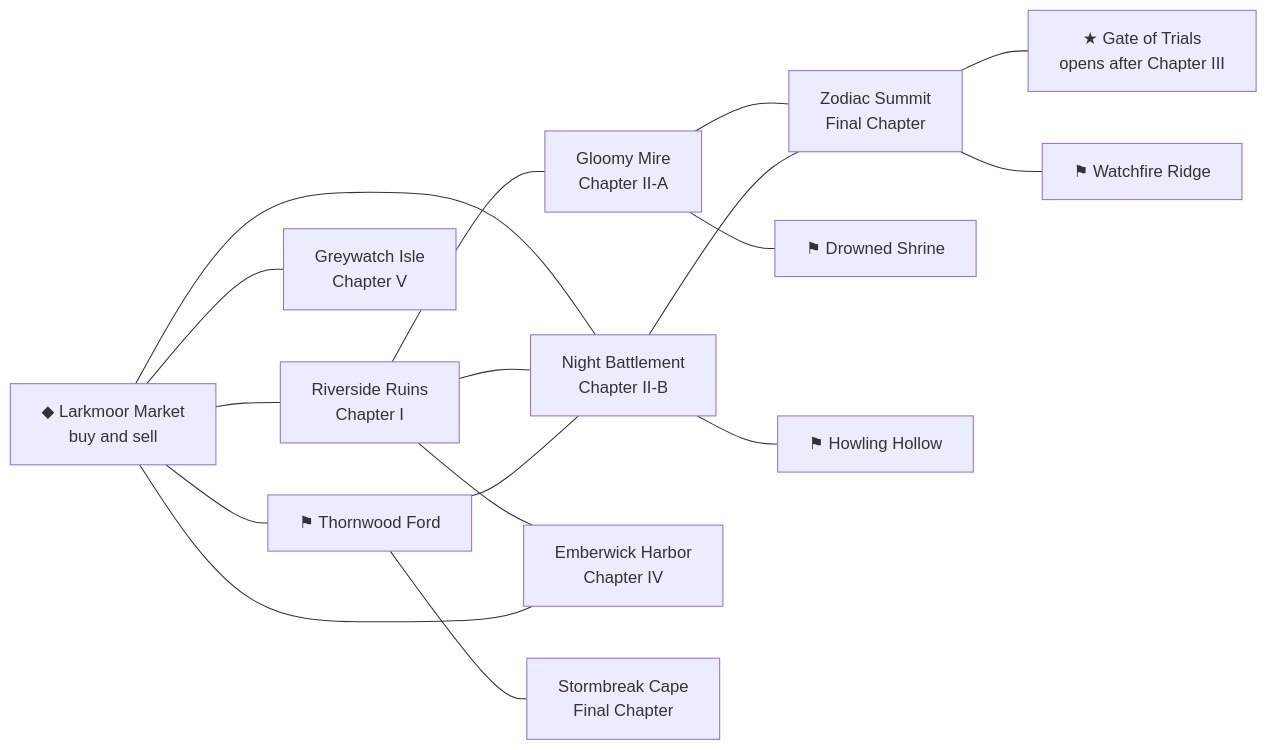
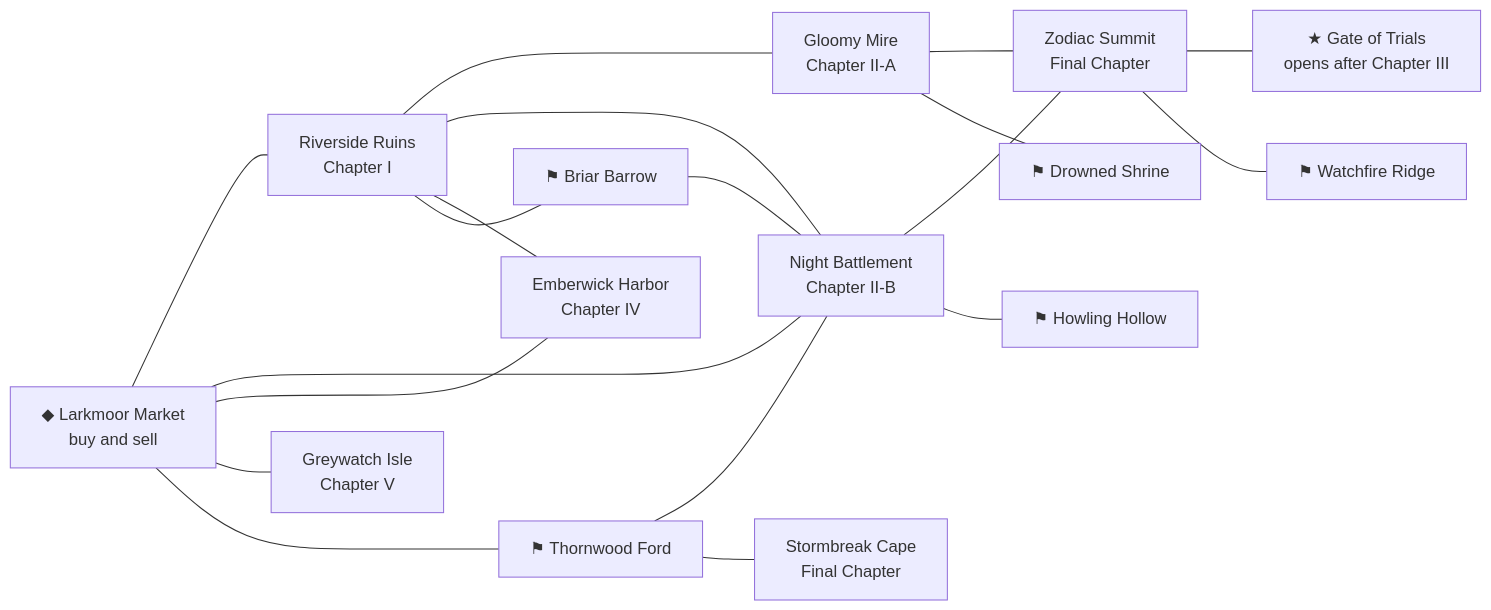
Before and after one commit to CptNope/Chess-RPG-Tactics: the fourth of 5 diagrams in docs/GAMEPLAY_GUIDE.md, drawn with Mermaid. The commit also changed other lines of this file and 22 other files, not shown here.

First line of the commit message:
0.32.0: new beasts: Basilisk, Bone Knight, Thornling; the Briar Barrow

````diff
--- a/docs/GAMEPLAY_GUIDE.md
+++ b/docs/GAMEPLAY_GUIDE.md
@@ -115,18 +115,19 @@
 ```mermaid
 flowchart LR
     M["◆ Larkmoor Market<br/>buy and sell"] --- R["Riverside Ruins<br/>Chapter I"]
     M --- B["Night Battlement<br/>Chapter II-B"]
     R --- G["Gloomy Mire<br/>Chapter II-A"]
     R --- B
     G --- Z["Zodiac Summit<br/>Final Chapter"]
     B --- Z
     Z --- T["★ Gate of Trials<br/>opens after Chapter III"]
     R --- H["Emberwick Harbor<br/>Chapter IV"]
     M --- H
     M --- I["Greywatch Isle<br/>Chapter V"]
     M --- TF["⚑ Thornwood Ford"] --- B
     TF --- CP["Stormbreak Cape<br/>Final Chapter"]
     G --- DS["⚑ Drowned Shrine"]
     Z --- WR["⚑ Watchfire Ridge"]
     B --- HH["⚑ Howling Hollow"]
+    R --- BB["⚑ Briar Barrow"] --- B
 ```
````
